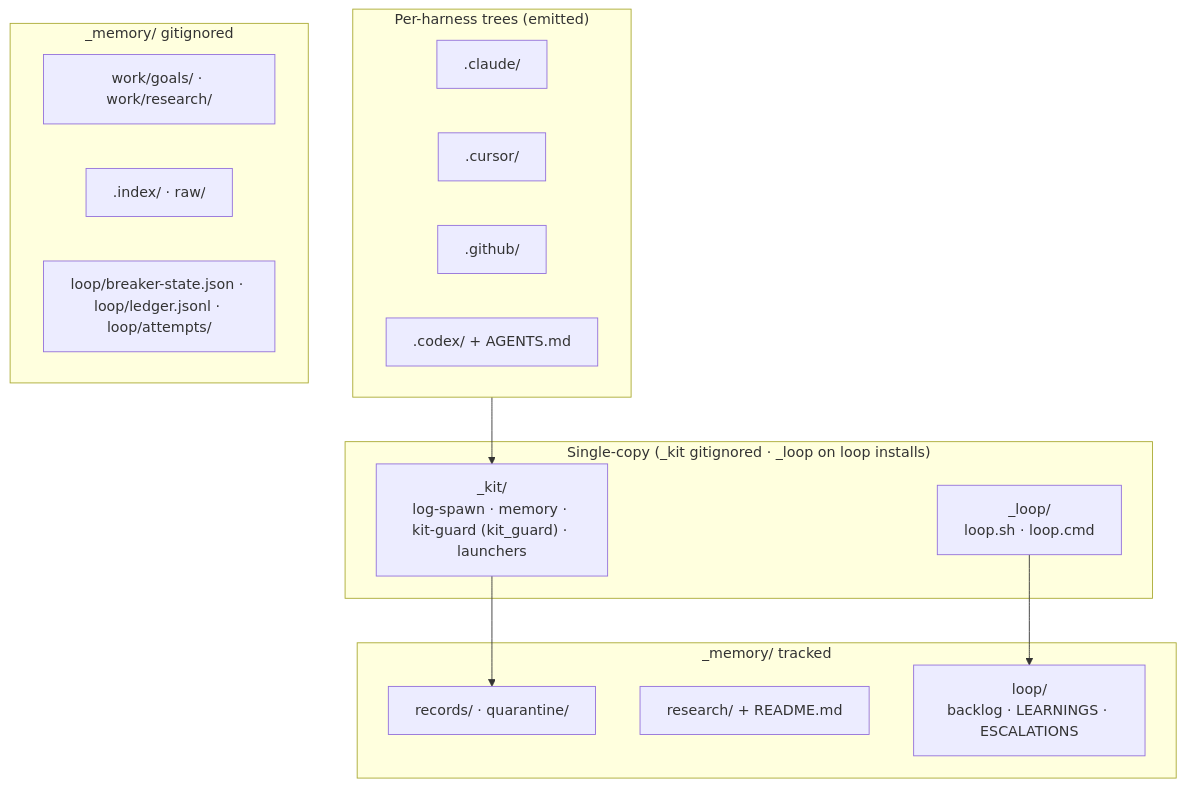
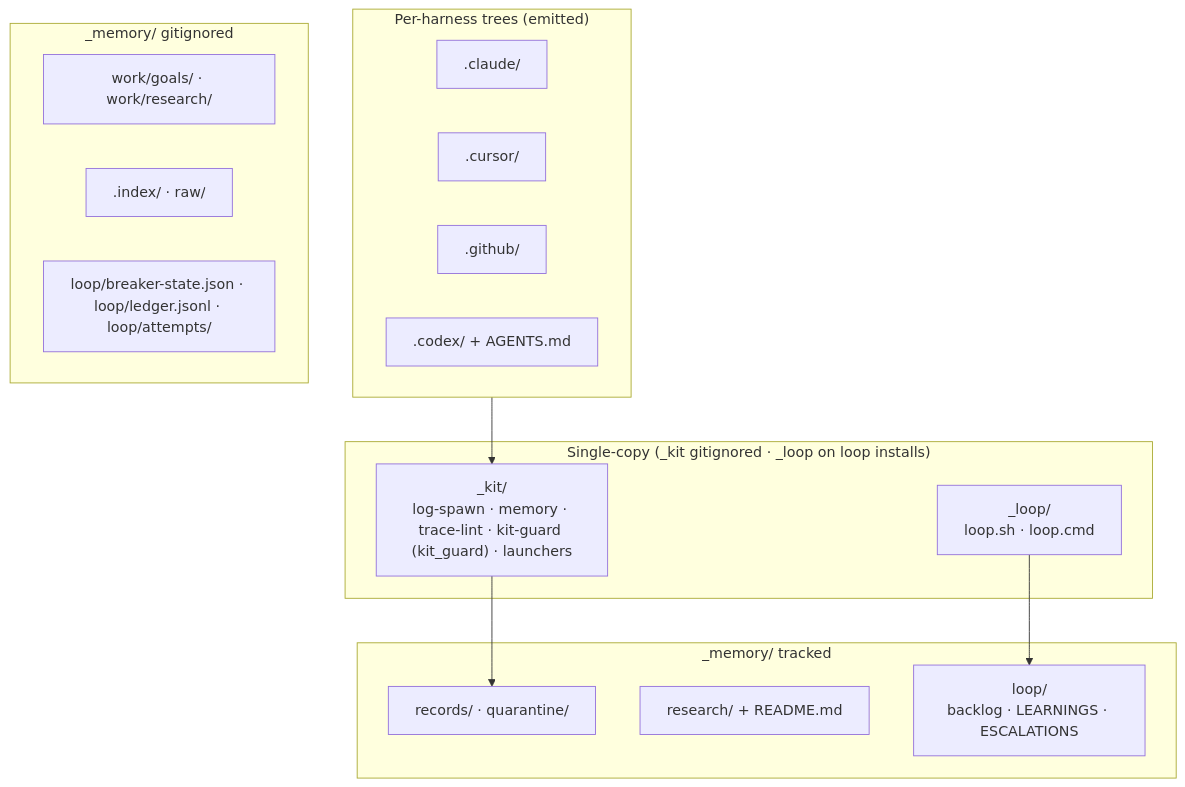
The fourth of 12 diagrams in docs/agent-kit/guide/architecture.md (kdcllc/skills), drawn with Mermaid before and after one commit. The commit also changed other lines of this file and 5 other files, not shown here.

Commit message:
docs(agent-kit): mirror the consumer trace, trace-lint and the Phase 5 consumer check in the guides

````diff
--- a/docs/agent-kit/guide/architecture.md
+++ b/docs/agent-kit/guide/architecture.md
@@ -102,30 +102,30 @@
 ```mermaid
 flowchart TD
     subgraph harnessTrees ["Per-harness trees (emitted)"]
         Claude[".claude/"]
         Cursor[".cursor/"]
         GitHub[".github/"]
         Codex[".codex/ + AGENTS.md"]
     end
 
     subgraph singleCopy ["Single-copy (_kit gitignored · _loop on loop installs)"]
-        Kit["_kit/\nlog-spawn · memory · kit-guard (kit_guard) · launchers"]
+        Kit["_kit/\nlog-spawn · memory · trace-lint · kit-guard (kit_guard) · launchers"]
         Loop["_loop/\nloop.sh · loop.cmd"]
     end
 
     subgraph memTracked ["_memory/ tracked"]
         Rec["records/ · quarantine/"]
         ResIdx["research/ + README.md"]
         LoopMem["loop/\nbacklog · LEARNINGS · ESCALATIONS"]
     end
 
     subgraph memIgnored ["_memory/ gitignored"]
         Work["work/goals/ · work/research/"]
         Derive[".index/ · raw/"]
         Brk["loop/breaker-state.json · loop/ledger.jsonl · loop/attempts/"]
     end
 
     harnessTrees --> Kit
     Loop --> LoopMem
     Kit --> Rec
 ```
````
